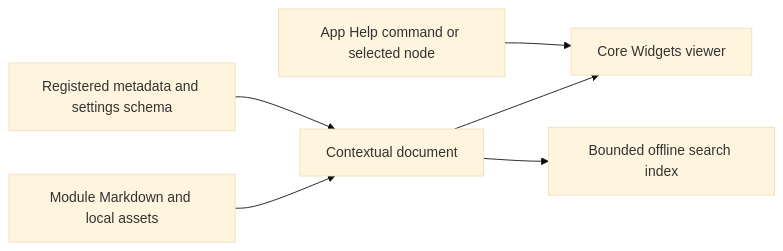
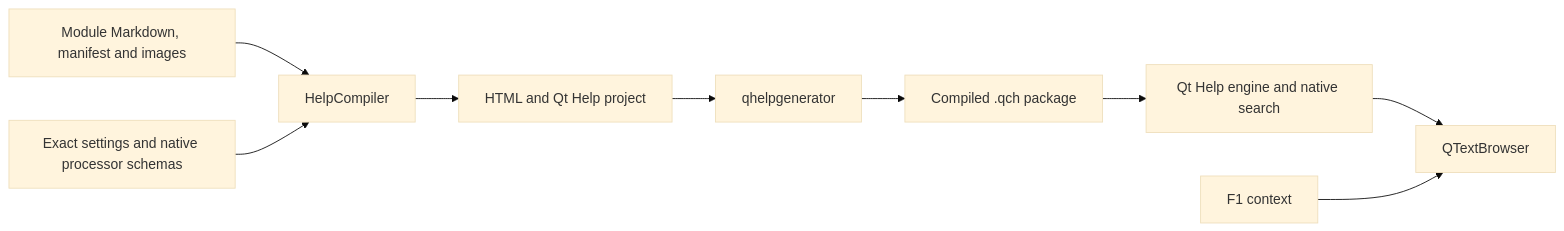
The diagram in docs/help-system.md (Octaviarius/TermMaster), drawn with Mermaid (base theme) before and after one commit. The commit also changed other lines of this file and 2 other files, not shown here.

Commit message:
Docs: record compiled help architecture and acceptance

````diff
--- a/docs/help-system.md
+++ b/docs/help-system.md
@@ -33,8 +40,11 @@
 ```mermaid
 flowchart LR
-    M[Module Markdown and local assets] --> D[Contextual document]
-    S[Registered metadata and settings schema] --> D
-    D --> V[Core Widgets viewer]
-    A[App Help command or selected node] --> V
-    D --> I[Bounded offline search index]
+    M[Module Markdown, manifest and images] --> C[HelpCompiler]
+    S[Exact settings and native processor schemas] --> C
+    C --> H[HTML and Qt Help project]
+    H --> G[qhelpgenerator]
+    G --> P[Compiled .qch package]
+    P --> E[Qt Help engine and native search]
+    E --> V[QTextBrowser]
+    F[F1 context] --> V
 ```
````
